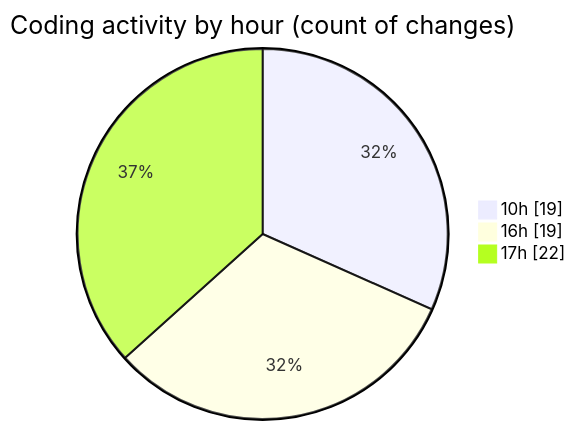
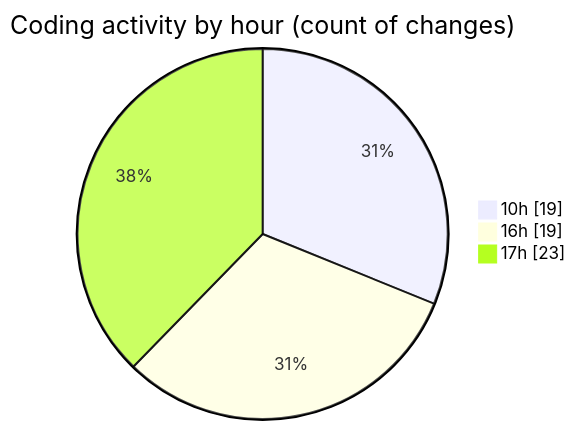
Before and after one commit to robertbonfada/code-tracking: the second of 2 diagrams in 2025-01-20/mbc-web/README.md, drawn with Mermaid. The commit also changed other lines of this file and 1 other file, not shown here.

````diff
--- a/2025-01-20/mbc-web/README.md
+++ b/2025-01-20/mbc-web/README.md
@@ -49,7 +49,7 @@
 ```mermaid
 pie showData
 title Coding activity by hour (count of changes)
 "10h" : 19
 "16h" : 19
-"17h" : 22
+"17h" : 23
 ```
````
